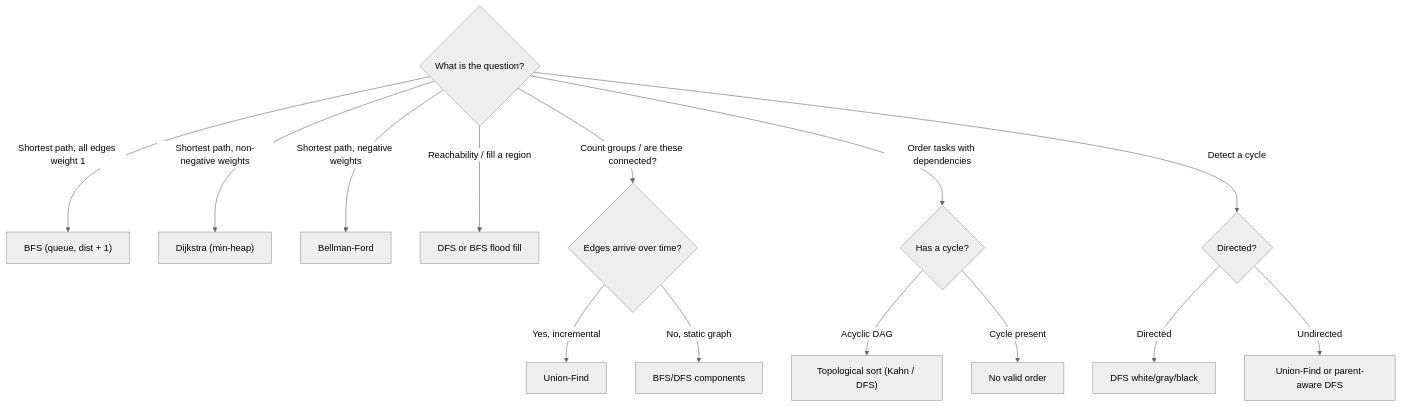
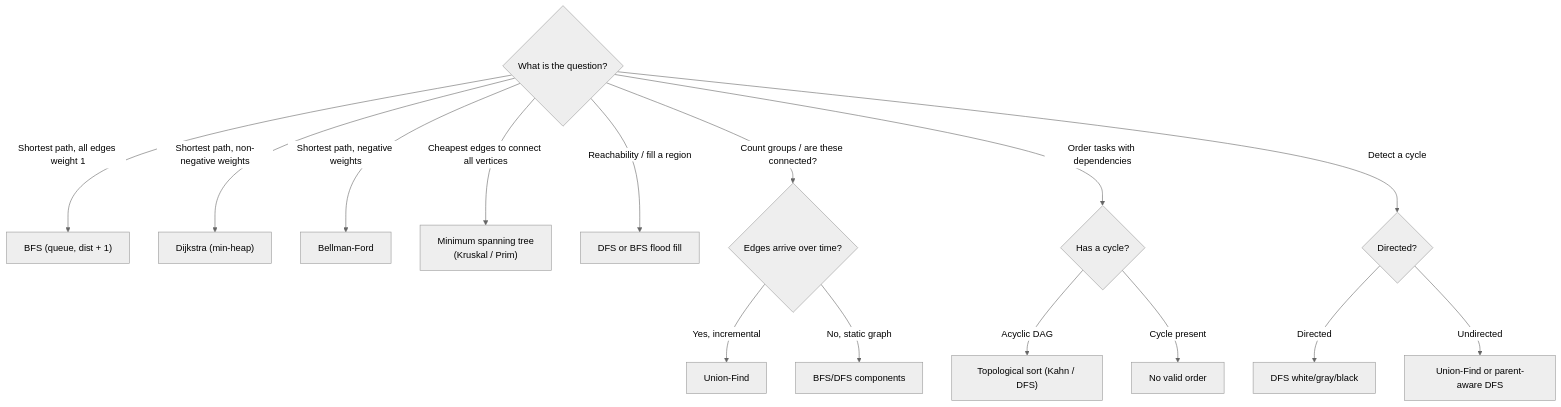
One commit to bergsonvalencia/algo changed the tenth of 10 diagrams in content/algorithms/graphs-reviewer.md. Above: the diagram before and after it, drawn with Mermaid (neutral theme). The commit also changed other lines of this file and 10 other files, not shown here.

First line of the commit message:
Deploy MST + Segment Tree/Fenwick reviewers and visualizations

````diff
--- a/content/algorithms/graphs-reviewer.md
+++ b/content/algorithms/graphs-reviewer.md
@@ -726,16 +862,17 @@
 ```mermaid
 flowchart TD
     Start{What is the question?} -->|Shortest path, all edges weight 1| BFS["BFS (queue, dist + 1)"]
     Start -->|Shortest path, non-negative weights| DIJ["Dijkstra (min-heap)"]
     Start -->|Shortest path, negative weights| BF["Bellman-Ford"]
+    Start -->|"Cheapest edges to connect all vertices"| MST["Minimum spanning tree<br/>(Kruskal / Prim)"]
     Start -->|Reachability / fill a region| DFS["DFS or BFS flood fill"]
     Start -->|Count groups / are these connected?| GRP{Edges arrive over time?}
     GRP -->|Yes, incremental| DSU["Union-Find"]
     GRP -->|No, static graph| CC["BFS/DFS components"]
     Start -->|Order tasks with dependencies| TOPO{Has a cycle?}
     TOPO -->|Acyclic DAG| KAHN["Topological sort (Kahn / DFS)"]
     TOPO -->|Cycle present| NONE["No valid order"]
     Start -->|Detect a cycle| CYC{Directed?}
     CYC -->|Directed| COL["DFS white/gray/black"]
     CYC -->|Undirected| UFC["Union-Find or parent-aware DFS"]
 ```
````
